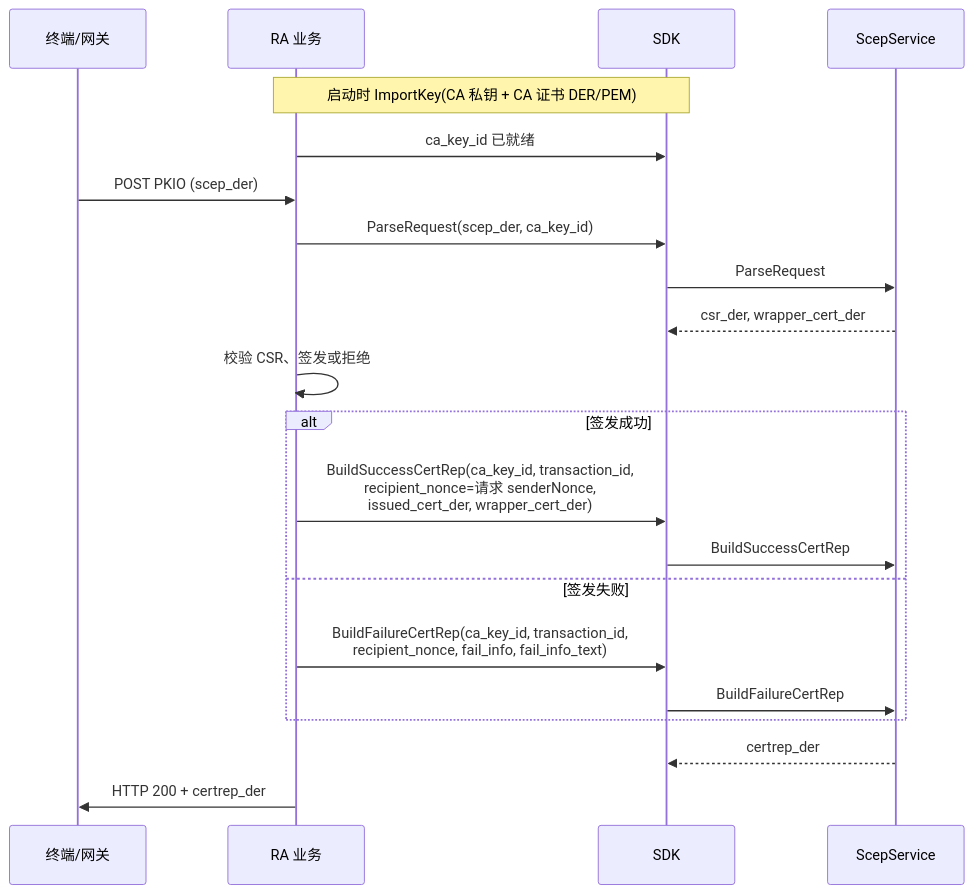
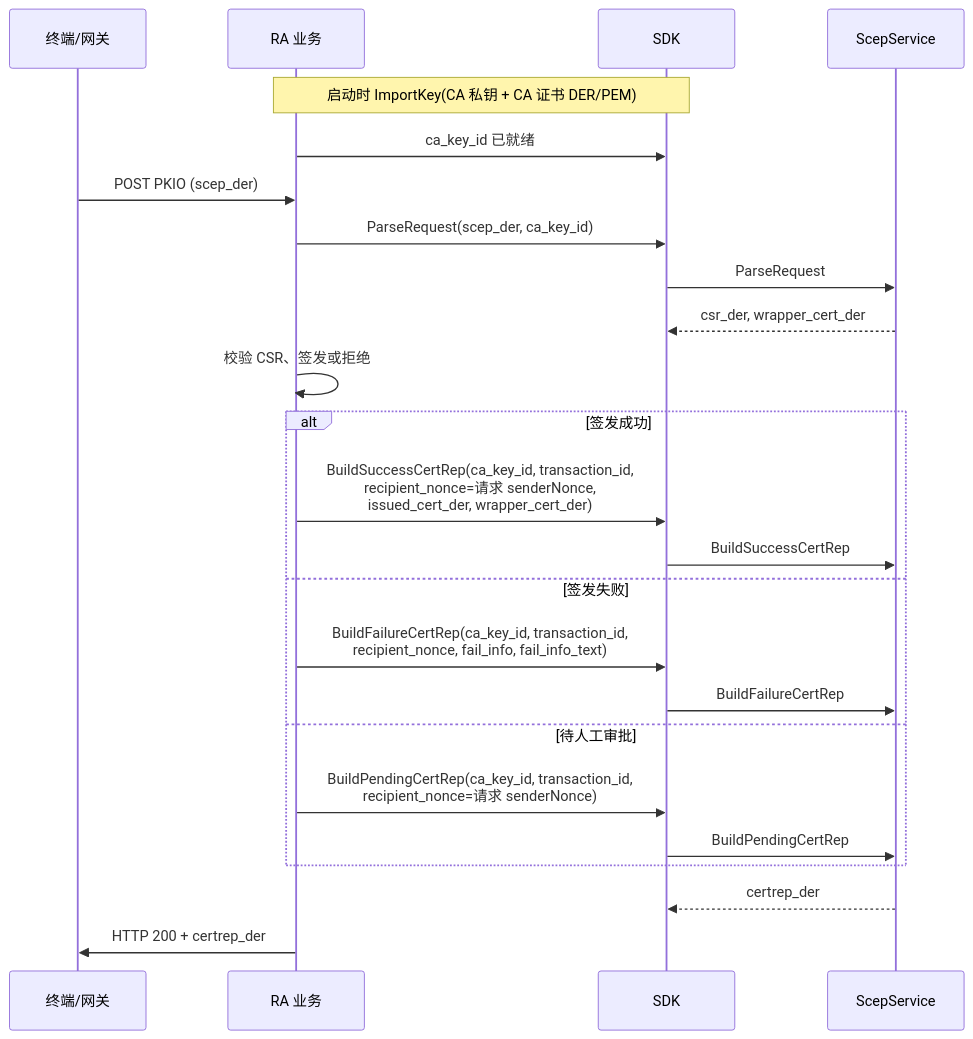
The fifth of 7 diagrams in docs/API.md (LeefMagnet/CryptoOffloadService), drawn with Mermaid before and after one commit. The commit also changed other lines of this file and 17 other files, not shown here.

First line of the commit message:
Add SCEP PENDING CertRep (pkiStatus=3) offload support.

````diff
--- a/docs/API.md
+++ b/docs/API.md
@@ -151,27 +153,30 @@
 ```mermaid
 sequenceDiagram
   participant EP as 终端/网关
   participant App as RA 业务
   participant SDK as SDK
   participant SC as ScepService
 
   Note over App,SDK: 启动时 ImportKey(CA 私钥 + CA 证书 DER/PEM)
   App->>SDK: ca_key_id 已就绪
 
   EP->>App: POST PKIO (scep_der)
   App->>SDK: ParseRequest(scep_der, ca_key_id)
   SDK->>SC: ParseRequest
   SC-->>SDK: csr_der, wrapper_cert_der
 
   App->>App: 校验 CSR、签发或拒绝
 
   alt 签发成功
     App->>SDK: BuildSuccessCertRep(ca_key_id, transaction_id,<br/>recipient_nonce=请求 senderNonce,<br/>issued_cert_der, wrapper_cert_der)
     SDK->>SC: BuildSuccessCertRep
   else 签发失败
     App->>SDK: BuildFailureCertRep(ca_key_id, transaction_id,<br/>recipient_nonce, fail_info, fail_info_text)
     SDK->>SC: BuildFailureCertRep
+  else 待人工审批
+    App->>SDK: BuildPendingCertRep(ca_key_id, transaction_id,<br/>recipient_nonce=请求 senderNonce)
+    SDK->>SC: BuildPendingCertRep
   end
   SC-->>SDK: certrep_der
   App->>EP: HTTP 200 + certrep_der
 ```
````
